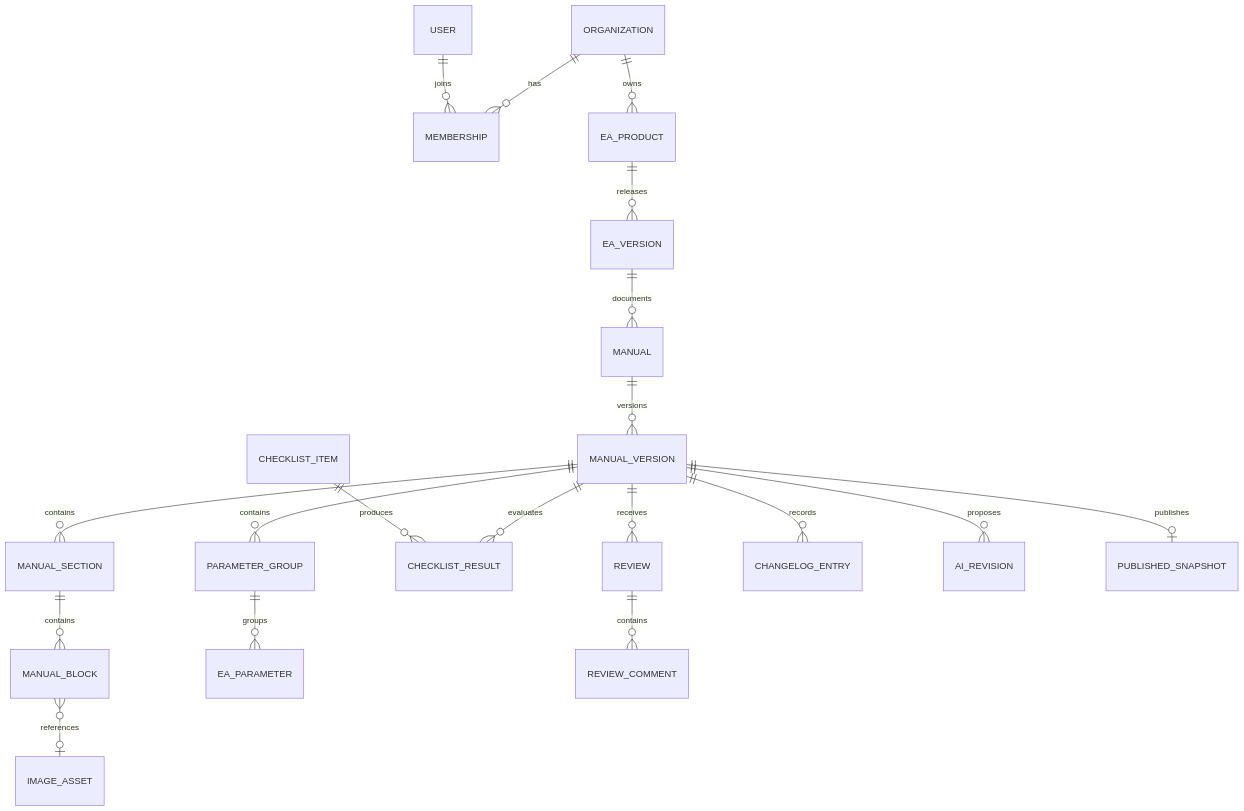
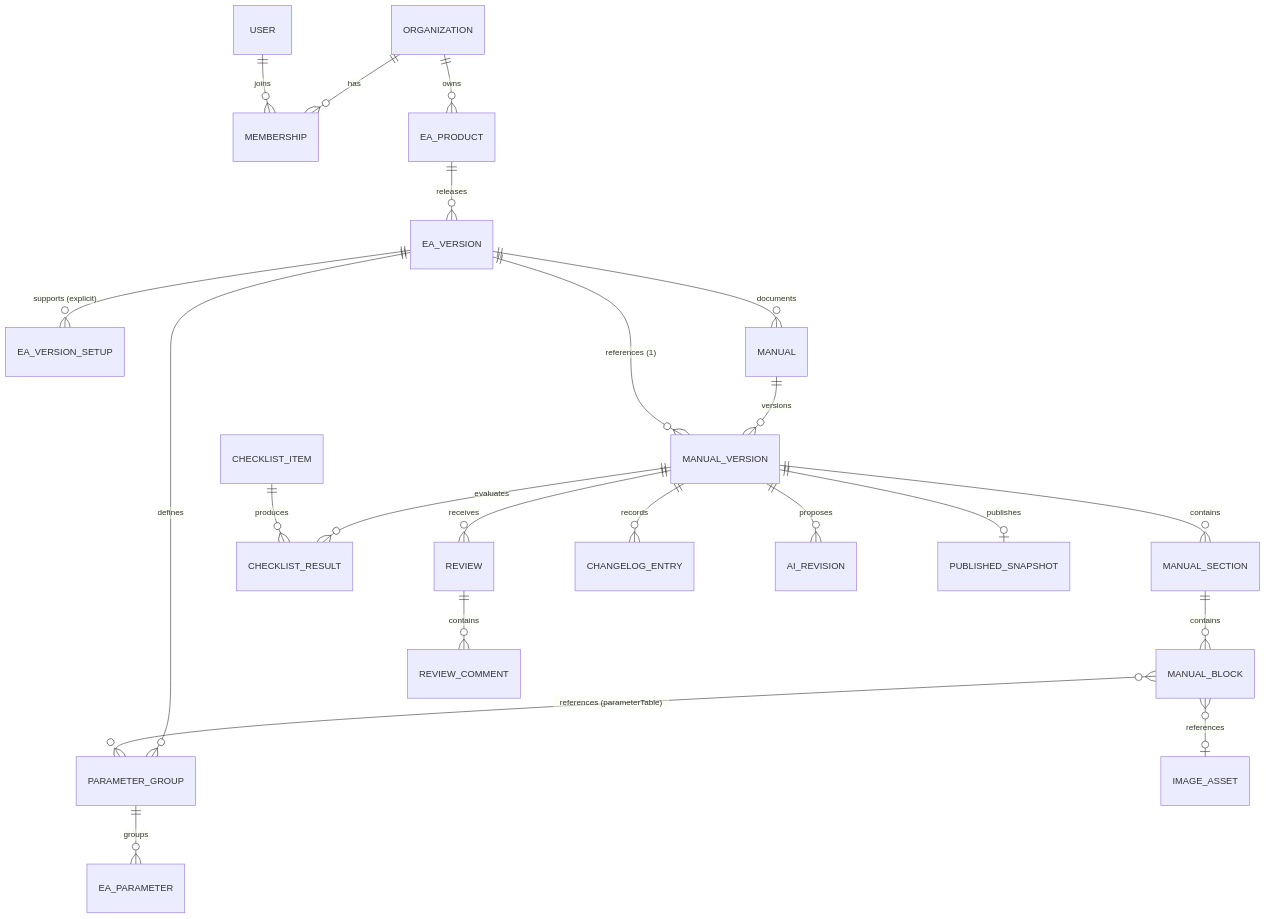
One commit to Viqahh/smartin-manual-builder changed the diagram in docs/DATA_MODEL.md. Above: the diagram before and after it, drawn with Mermaid. The commit also changed other lines of this file and 7 other files, not shown here.

````diff
--- a/docs/DATA_MODEL.md
+++ b/docs/DATA_MODEL.md
@@ -5,21 +5,24 @@
 ```mermaid
 erDiagram
     ORGANIZATION ||--o{ MEMBERSHIP : has
     USER ||--o{ MEMBERSHIP : joins
     ORGANIZATION ||--o{ EA_PRODUCT : owns
     EA_PRODUCT ||--o{ EA_VERSION : releases
+    EA_VERSION ||--o{ EA_VERSION_SETUP : "supports (explicit)"
+    EA_VERSION ||--o{ PARAMETER_GROUP : defines
+    PARAMETER_GROUP ||--o{ EA_PARAMETER : groups
     EA_VERSION ||--o{ MANUAL : documents
     MANUAL ||--o{ MANUAL_VERSION : versions
+    MANUAL_VERSION }o--|| EA_VERSION : "references (1)"
     MANUAL_VERSION ||--o{ MANUAL_SECTION : contains
     MANUAL_SECTION ||--o{ MANUAL_BLOCK : contains
-    MANUAL_VERSION ||--o{ PARAMETER_GROUP : contains
-    PARAMETER_GROUP ||--o{ EA_PARAMETER : groups
+    MANUAL_BLOCK }o--o{ PARAMETER_GROUP : "references (parameterTable)"
     MANUAL_BLOCK }o--o| IMAGE_ASSET : references
     MANUAL_VERSION ||--o{ CHECKLIST_RESULT : evaluates
     CHECKLIST_ITEM ||--o{ CHECKLIST_RESULT : produces
     MANUAL_VERSION ||--o{ REVIEW : receives
     REVIEW ||--o{ REVIEW_COMMENT : contains
     MANUAL_VERSION ||--o{ CHANGELOG_ENTRY : records
     MANUAL_VERSION ||--o{ AI_REVISION : proposes
     MANUAL_VERSION ||--o| PUBLISHED_SNAPSHOT : publishes
 ```
````
